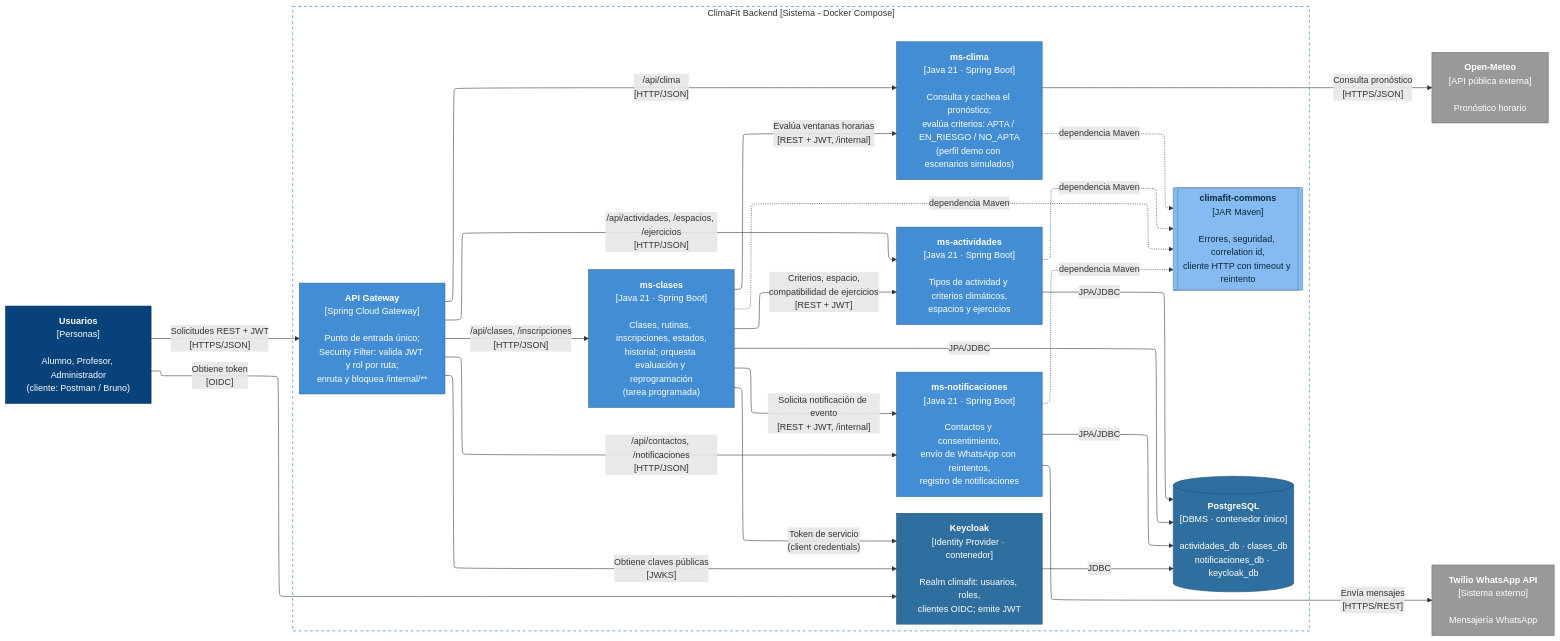
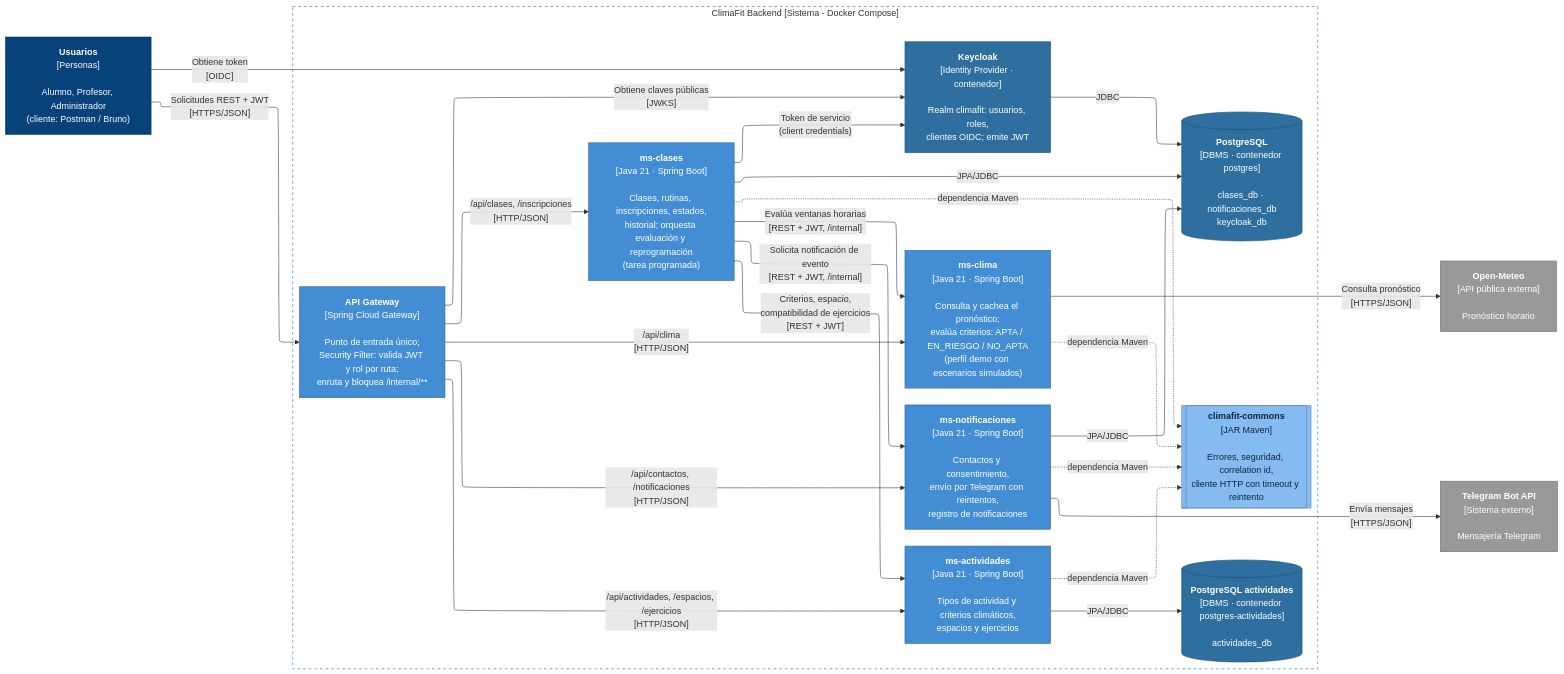
One commit to tomy91449/climafit changed the diagram in docs/diagramas/c4-contenedores.mmd. Above: the diagram before and after it, drawn with Mermaid. The commit also changed 15 other files, not shown here.

First line of the commit message:
Diagramas y documentación al día

```diff
--- a/docs/diagramas/c4-contenedores.mmd
+++ b/docs/diagramas/c4-contenedores.mmd
@@ -1,59 +1,60 @@
 ---
 config:
   layout: elk
 ---
 %% C2 - Diagrama de Contenedores (C4) - ClimaFit
 flowchart LR
   usuarios["<b>Usuarios</b><br/>[Personas]<br/><br/>Alumno, Profesor, Administrador<br/>(cliente: Postman / Bruno)"]
 
   subgraph sistema["ClimaFit Backend [Sistema - Docker Compose]"]
     gateway["<b>API Gateway</b><br/>[Spring Cloud Gateway]<br/><br/>Punto de entrada único;<br/>Security Filter: valida JWT y rol por ruta;<br/>enruta y bloquea /internal/**"]
     actividades["<b>ms-actividades</b><br/>[Java 21 · Spring Boot]<br/><br/>Tipos de actividad y criterios climáticos,<br/>espacios y ejercicios"]
     clases["<b>ms-clases</b><br/>[Java 21 · Spring Boot]<br/><br/>Clases, rutinas, inscripciones, estados,<br/>historial; orquesta evaluación y reprogramación<br/>(tarea programada)"]
     clima["<b>ms-clima</b><br/>[Java 21 · Spring Boot]<br/><br/>Consulta y cachea el pronóstico;<br/>evalúa criterios: APTA / EN_RIESGO / NO_APTA<br/>(perfil demo con escenarios simulados)"]
-    notificaciones["<b>ms-notificaciones</b><br/>[Java 21 · Spring Boot]<br/><br/>Contactos y consentimiento,<br/>envío de WhatsApp con reintentos,<br/>registro de notificaciones"]
+    notificaciones["<b>ms-notificaciones</b><br/>[Java 21 · Spring Boot]<br/><br/>Contactos y consentimiento,<br/>envío por Telegram con reintentos,<br/>registro de notificaciones"]
     commons[["<b>climafit-commons</b><br/>[JAR Maven]<br/><br/>Errores, seguridad, correlation id,<br/>cliente HTTP con timeout y reintento"]]
-    db[("<b>PostgreSQL</b><br/>[DBMS · contenedor único]<br/><br/>actividades_db · clases_db<br/>notificaciones_db · keycloak_db")]
+    db[("<b>PostgreSQL</b><br/>[DBMS · contenedor postgres]<br/><br/>clases_db · notificaciones_db<br/>keycloak_db")]
+    dbActividades[("<b>PostgreSQL actividades</b><br/>[DBMS · contenedor postgres-actividades]<br/><br/>actividades_db")]
     keycloak["<b>Keycloak</b><br/>[Identity Provider · contenedor]<br/><br/>Realm climafit: usuarios, roles,<br/>clientes OIDC; emite JWT"]
   end
 
   openmeteo["<b>Open-Meteo</b><br/>[API pública externa]<br/><br/>Pronóstico horario"]
-  twilio["<b>Twilio WhatsApp API</b><br/>[Sistema externo]<br/><br/>Mensajería WhatsApp"]
+  telegram["<b>Telegram Bot API</b><br/>[Sistema externo]<br/><br/>Mensajería Telegram"]
 
   usuarios -- "Obtiene token<br/>[OIDC]" --> keycloak
   usuarios -- "Solicitudes REST + JWT<br/>[HTTPS/JSON]" --> gateway
   gateway -- "Obtiene claves públicas<br/>[JWKS]" --> keycloak
   gateway -- "/api/actividades, /espacios, /ejercicios<br/>[HTTP/JSON]" --> actividades
   gateway -- "/api/clases, /inscripciones<br/>[HTTP/JSON]" --> clases
   gateway -- "/api/clima<br/>[HTTP/JSON]" --> clima
   gateway -- "/api/contactos, /notificaciones<br/>[HTTP/JSON]" --> notificaciones
 
   clases -- "Criterios, espacio,<br/>compatibilidad de ejercicios<br/>[REST + JWT]" --> actividades
   clases -- "Evalúa ventanas horarias<br/>[REST + JWT, /internal]" --> clima
   clases -- "Solicita notificación de evento<br/>[REST + JWT, /internal]" --> notificaciones
   clases -- "Token de servicio<br/>(client credentials)" --> keycloak
 
-  actividades -- "JPA/JDBC" --> db
+  actividades -- "JPA/JDBC" --> dbActividades
   clases -- "JPA/JDBC" --> db
   notificaciones -- "JPA/JDBC" --> db
   keycloak -- "JDBC" --> db
 
   clima -- "Consulta pronóstico<br/>[HTTPS/JSON]" --> openmeteo
-  notificaciones -- "Envía mensajes<br/>[HTTPS/REST]" --> twilio
+  notificaciones -- "Envía mensajes<br/>[HTTPS/JSON]" --> telegram
 
   actividades -.->|"dependencia Maven"| commons
   clases -.->|"dependencia Maven"| commons
   clima -.->|"dependencia Maven"| commons
   notificaciones -.->|"dependencia Maven"| commons
 
   classDef persona fill:#08427b,stroke:#052e56,color:#ffffff
   classDef contenedor fill:#438dd5,stroke:#2e6295,color:#ffffff
   classDef infra fill:#2f6f9f,stroke:#1f4f73,color:#ffffff
   classDef libreria fill:#85bbf0,stroke:#5d82a8,color:#0b2540
   classDef externo fill:#999999,stroke:#6b6b6b,color:#ffffff
   class usuarios persona
   class gateway,actividades,clases,clima,notificaciones contenedor
-  class db,keycloak infra
+  class db,dbActividades,keycloak infra
   class commons libreria
-  class openmeteo,twilio externo
+  class openmeteo,telegram externo
   style sistema fill:#ffffff,stroke:#1168bd,stroke-dasharray: 5 5
```
